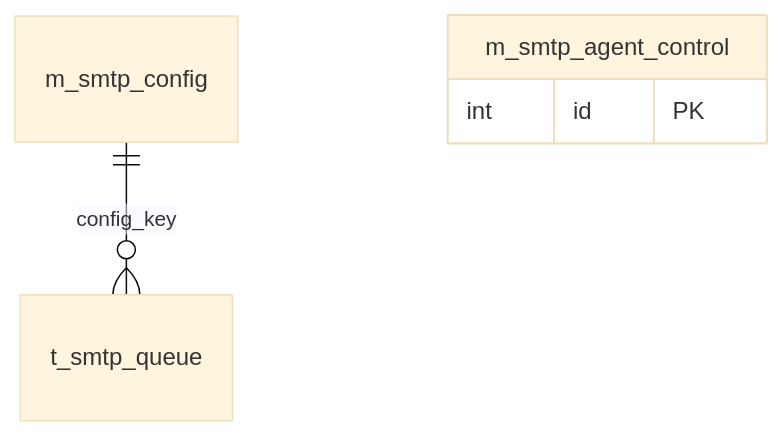
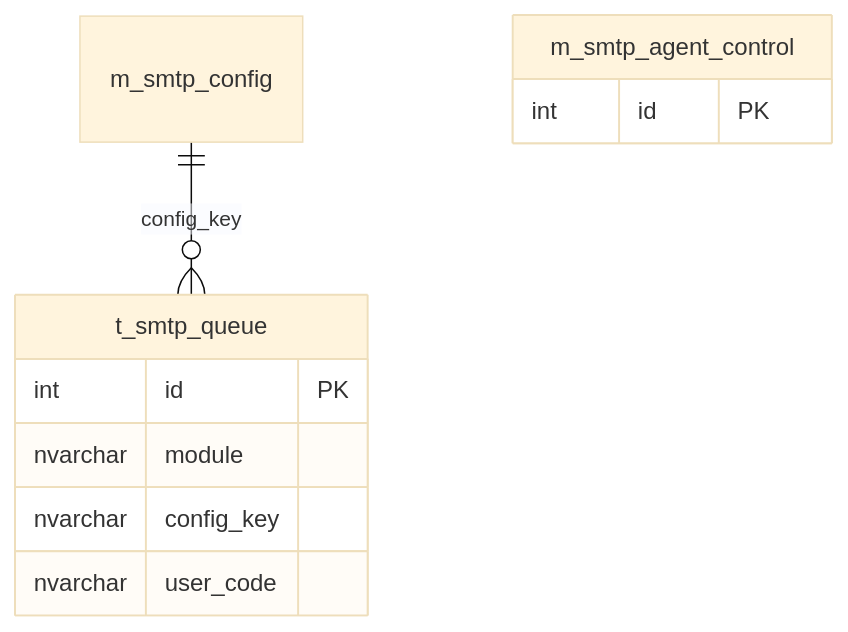
Before and after one commit to n-nonaka-oim/Nonaka-kiro: the fifth of 7 diagrams in .kiro/docs/db/ER図.md, drawn with Mermaid (base theme). The commit also changed 6 other files, not shown here.

Commit message:
docs(smtp-monitor-user-column): SmtpMonitorユーザー列 spec/tasks・DB定義・session-memo 0721

````diff
--- a/.kiro/docs/db/ER図.md
+++ b/.kiro/docs/db/ER図.md
@@ -86,7 +86,13 @@
 ```mermaid
 erDiagram
     m_smtp_config ||--o{ t_smtp_queue : "config_key"
+    t_smtp_queue {
+        int id PK
+        nvarchar module
+        nvarchar config_key
+        nvarchar user_code
+    }
     m_smtp_agent_control {
         int id PK
     }
 ```
````
